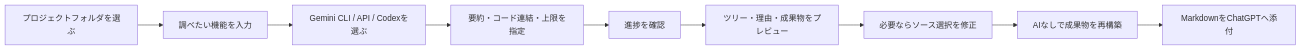
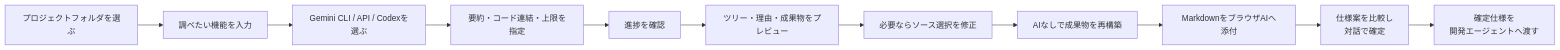
The fourth of 6 diagrams in docs/product-overview.md (matsutanishimpei/make-summary), drawn with Mermaid before and after one commit. The commit also changed other lines of this file and 3 other files, not shown here.

````diff
--- a/docs/product-overview.md
+++ b/docs/product-overview.md
@@ -168,11 +196,13 @@
 ```mermaid
 flowchart LR
     A["プロジェクトフォルダを選ぶ"] --> B["調べたい機能を入力"]
     B --> C["Gemini CLI / API / Codexを選ぶ"]
     C --> D["要約・コード連結・上限を指定"]
     D --> E["進捗を確認"]
     E --> F["ツリー・理由・成果物をプレビュー"]
     F --> G["必要ならソース選択を修正"]
     G --> H["AIなしで成果物を再構築"]
-    H --> I["MarkdownをChatGPTへ添付"]
+    H --> I["MarkdownをブラウザAIへ添付"]
+    I --> J["仕様案を比較し<br/>対話で確定"]
+    J --> K["確定仕様を<br/>開発エージェントへ渡す"]
 ```
````
